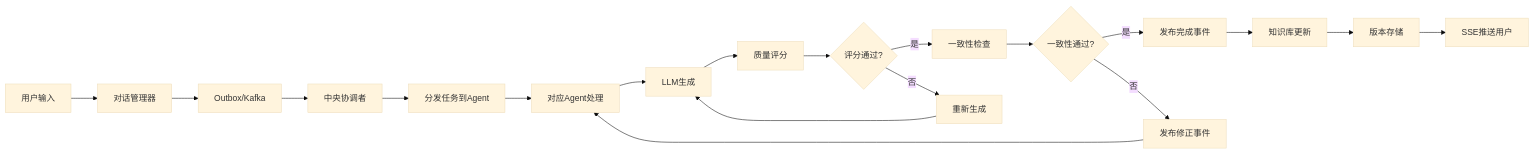
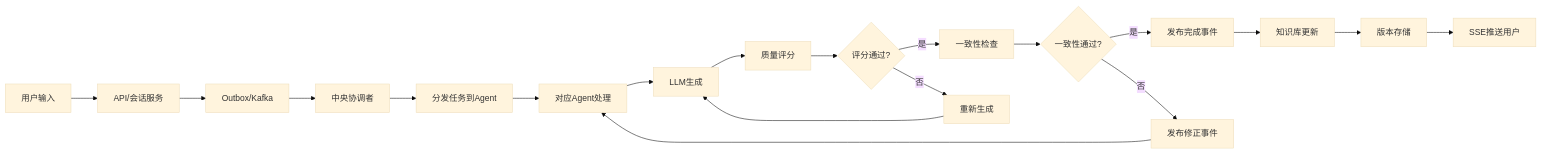
Before and after one commit to zhiyue/infinite-scribe: the third of 5 diagrams in .tasks/novel-genesis-stage/design-hld.md, drawn with Mermaid (base theme). The commit also changed other lines of this file, not shown here.

First line of the commit message:
refactor(novel-genesis-stage): update design HLD document to reflect service architecture changes

````diff
--- a/.tasks/novel-genesis-stage/design-hld.md
+++ b/.tasks/novel-genesis-stage/design-hld.md
@@ -166,21 +164,21 @@
 ```mermaid
 graph LR
-    A[用户输入] --> B[对话管理器]
+    A[用户输入] --> B[API/会话服务]
     B --> C[Outbox/Kafka]
     C --> D[中央协调者]
     D --> E[分发任务到Agent]
     E --> F[对应Agent处理]
     F --> G[LLM生成]
     G --> H[质量评分]
     H --> I{评分通过?}
     I -->|是| J[一致性检查]
     I -->|否| K[重新生成]
     K --> G
     J --> L{一致性通过?}
     L -->|是| M[发布完成事件]
     L -->|否| N[发布修正事件]
     N --> F
     M --> O[知识库更新]
     O --> P[版本存储]
     P --> Q[SSE推送用户]
 ```
````
